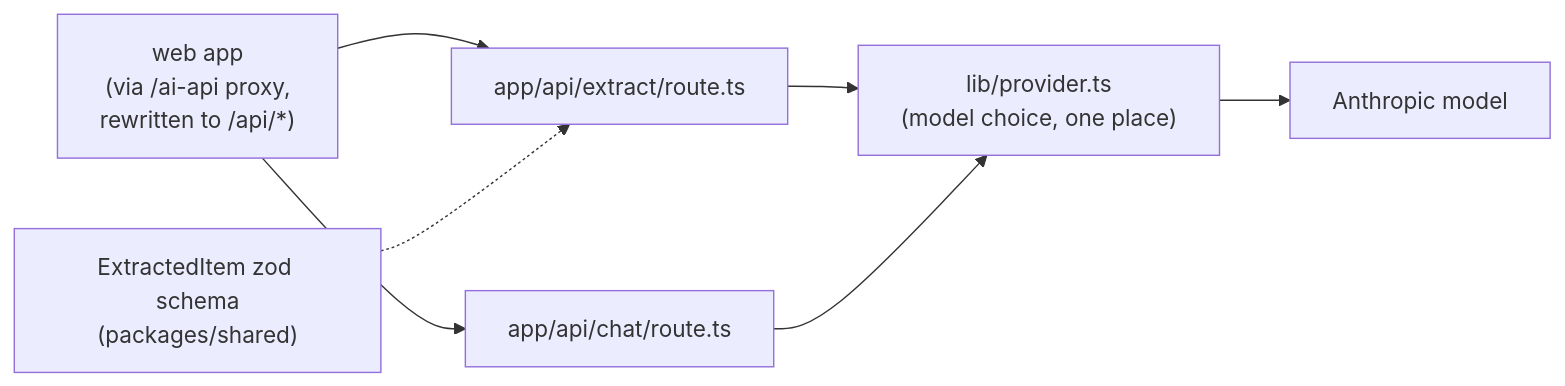
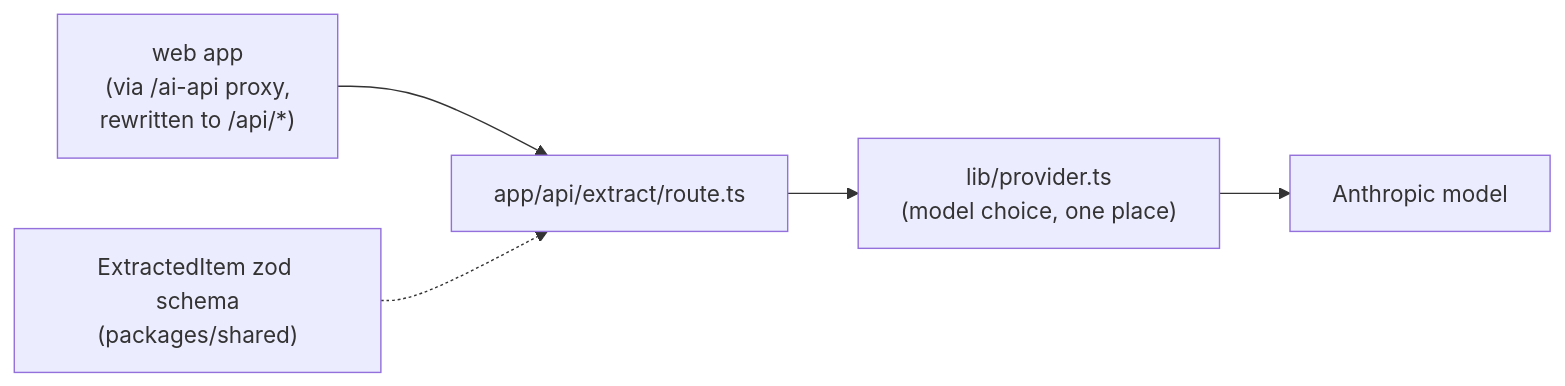
The diagram in docs/architecture/ai.md (kpark93/note2action), drawn with Mermaid before and after one commit. The commit also changed other lines of this file and 10 other files, not shown here.

First line of the commit message:
chore(ai): remove unused chat route and demo page (#15)

````diff
--- a/docs/architecture/ai.md
+++ b/docs/architecture/ai.md
@@ -6,9 +6,7 @@
 ```mermaid
 flowchart LR
     Client["web app<br/>(via /ai-api proxy,<br/>rewritten to /api/*)"] --> Extract["app/api/extract/route.ts"]
-    Client --> Chat["app/api/chat/route.ts"]
     Extract --> Provider["lib/provider.ts<br/>(model choice, one place)"]
-    Chat --> Provider
     Provider --> LLM["Anthropic model"]
     Schema["ExtractedItem zod schema<br/>(packages/shared)"] -.-> Extract
 ```
````
